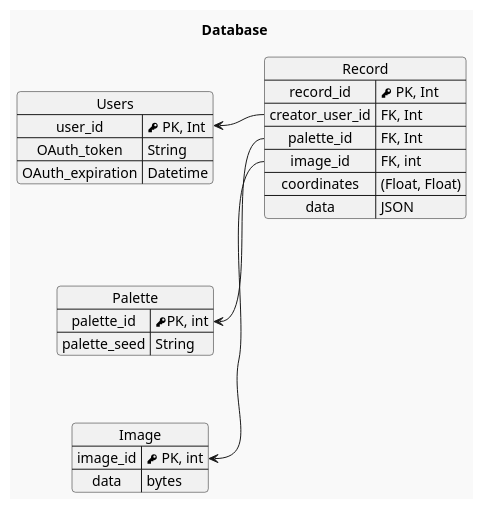
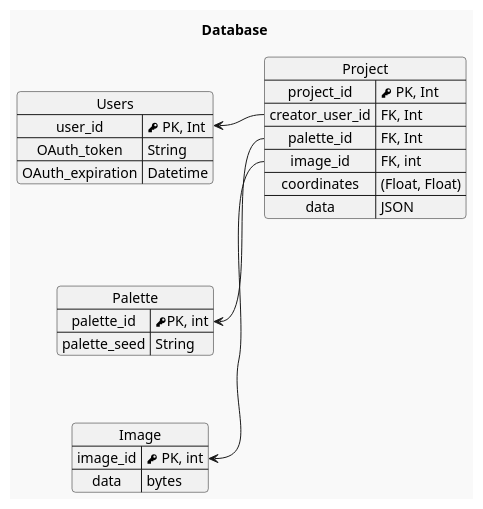
The diagram in Documentación/UML/Database/db.puml (hector-ramirez-cano/WifiVisualizer), drawn with PlantUML before and after one commit. The commit also changed 9 other files, not shown here.

```diff
--- a/Documentación/UML/Database/db.puml
+++ b/Documentación/UML/Database/db.puml
@@ -1,50 +1,50 @@
 @startuml
 
 !theme mars
 
 
 'left to right direction
 'top to bottom direction
 'skinparam nodesep 10
 'skinparam ranksep 150
 'skinparam linetype polyline
 
 Title Database
 
 together {
 
     map Image {
         image_id => <&key> PK, int
         data => bytes
     }
     
     map Users {
         user_id     => <&key> PK, Int
         OAuth_token => String
         OAuth_expiration => Datetime
     }
 
     map Palette {
         palette_id => <&key>PK, int
         palette_seed => String
     }
 }
 Users -[hidden]d-> Palette
 Palette -[hidden]d-> Image
 
 
 
-map Record {
-    record_id => <&key> PK, Int
+map Project {
+    project_id => <&key> PK, Int
     creator_user_id => FK, Int
     palette_id => FK, Int
     image_id  => FK, int
     coordinates => (Float, Float)
     data => JSON
 }
-Record::creator_user_id -> Users::user_id
-Record::palette_id -> Palette::palette_id
-Record::image_id -> Image::image_id
+Project::creator_user_id -> Users::user_id
+Project::palette_id -> Palette::palette_id
+Project::image_id -> Image::image_id
 
-Users ---[hidden]-> Record 
+Users ---[hidden]-> Project
 @enduml
```
